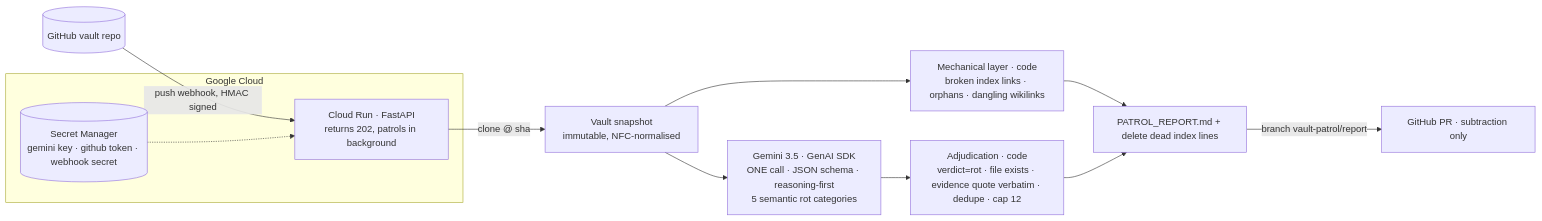
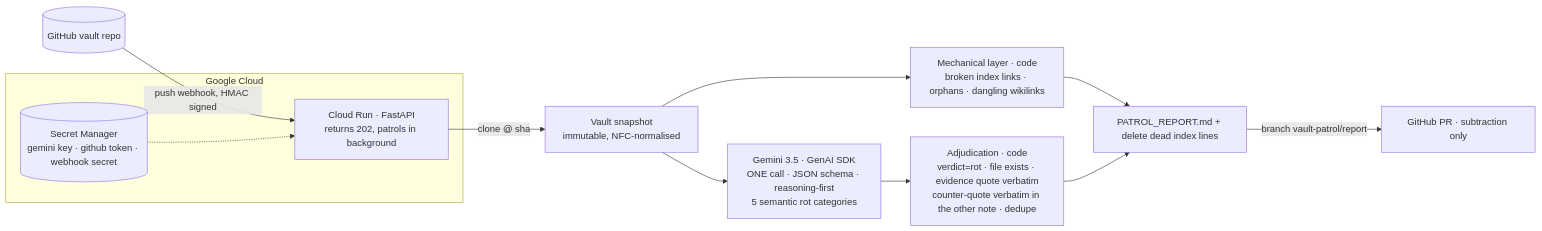
Before and after one commit to Longado/vault-patrol: the diagram in docs/architecture.md, drawn with Mermaid. The commit also changed other lines of this file and 9 other files, not shown here.

Commit message:
feat: counter-evidence quote for cross-note findings; drop finding cap

````diff
--- a/docs/architecture.md
+++ b/docs/architecture.md
@@ -5,16 +5,16 @@
 ```mermaid
 flowchart LR
     GH[(GitHub vault repo)] -- push webhook, HMAC signed --> CR
     subgraph GCP[Google Cloud]
         CR[Cloud Run · FastAPI<br/>returns 202, patrols in background]
         SM[(Secret Manager<br/>gemini key · github token · webhook secret)]
     end
     CR -- clone @ sha --> V[Vault snapshot<br/>immutable, NFC-normalised]
     V --> M[Mechanical layer · code<br/>broken index links · orphans · dangling wikilinks]
     V --> G[Gemini 3.5 · GenAI SDK<br/>ONE call · JSON schema · reasoning-first<br/>5 semantic rot categories]
-    G --> A[Adjudication · code<br/>verdict=rot · file exists · evidence quote verbatim · dedupe · cap 12]
+    G --> A[Adjudication · code<br/>verdict=rot · file exists · evidence quote verbatim<br/>counter-quote verbatim in the other note · dedupe]
     M --> R[PATROL_REPORT.md + delete dead index lines]
     A --> R
     R -- branch vault-patrol/report --> PR[GitHub PR · subtraction only]
     SM -.-> CR
 ```
````
